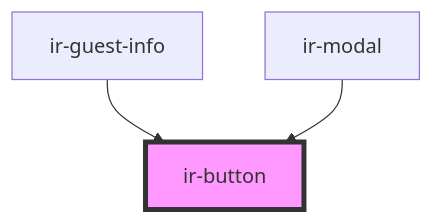
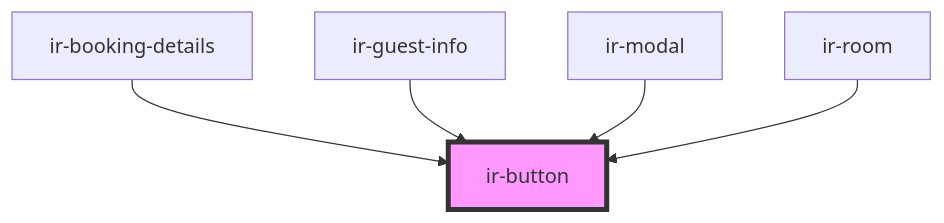
One commit to David1Chowaifaty/modified-ir-webcmp changed the diagram in src/components/ir-button/readme.md. Above: the diagram before and after it, drawn with Mermaid. The commit also changed other lines of this file and 22 other files, not shown here.

Commit message:
Booking Details , 1st Run

````diff
--- a/src/components/ir-button/readme.md
+++ b/src/components/ir-button/readme.md
@@ -38,6 +40,8 @@
 ```mermaid
 graph TD;
+  ir-booking-details --> ir-button
   ir-guest-info --> ir-button
   ir-modal --> ir-button
+  ir-room --> ir-button
   style ir-button fill:#f9f,stroke:#333,stroke-width:4px
 ```
````
